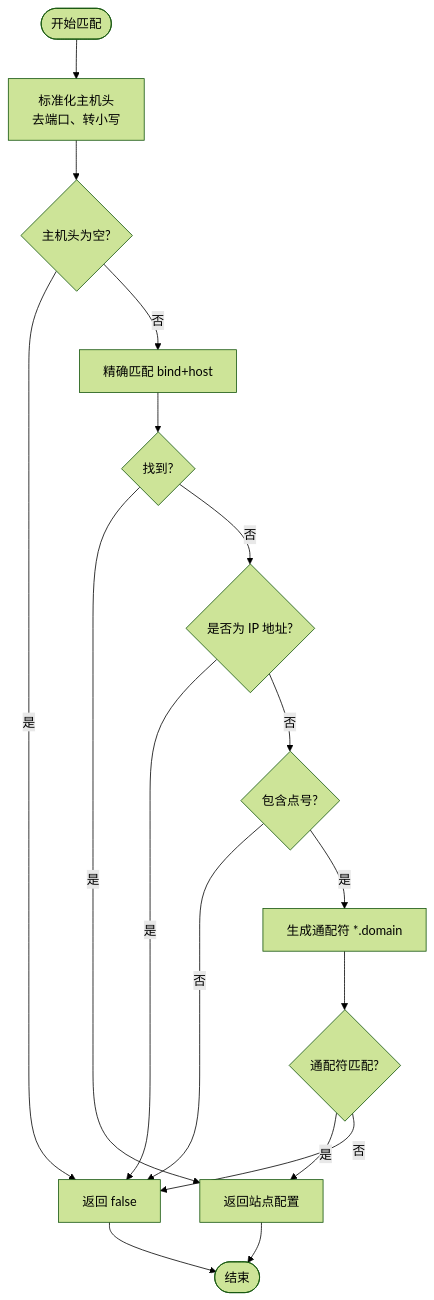
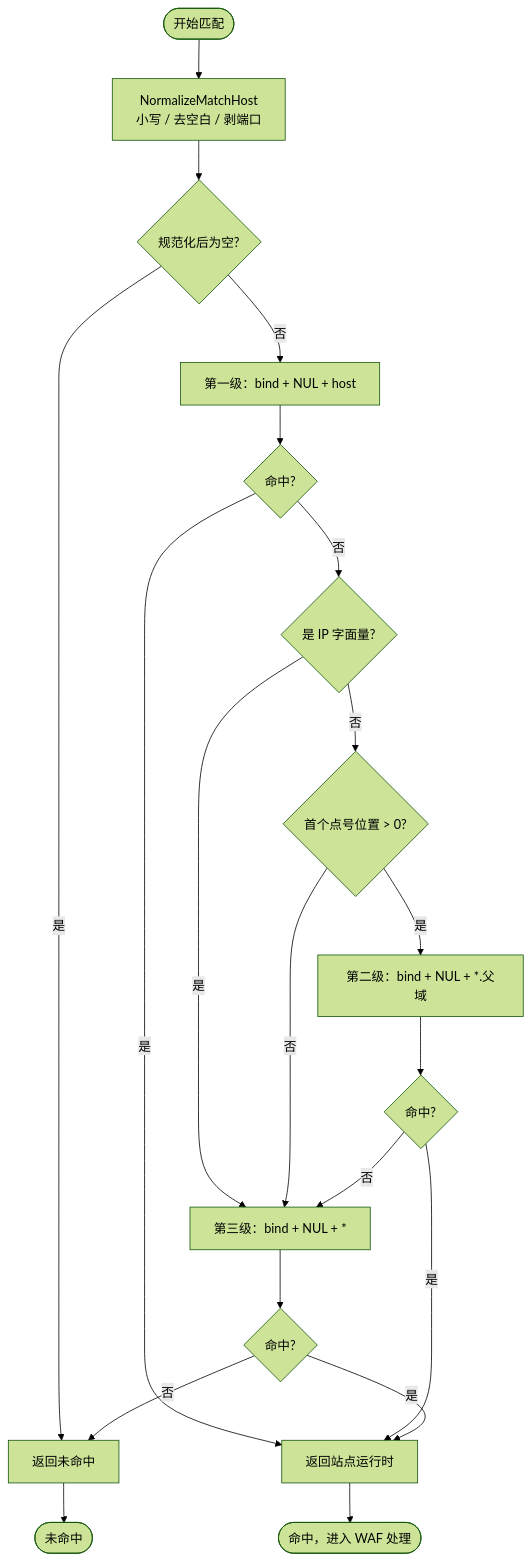
One commit to x01n/My-OpenWaf changed the fourth of 9 diagrams in docs/WAF 引擎系统/引擎核心架构/站点解析器.md. Above: the diagram before and after it, drawn with Mermaid (forest theme). The commit also changed other lines of this file and 622 other files, not shown here.

````diff
--- a/docs/WAF 引擎系统/引擎核心架构/站点解析器.md
+++ b/docs/WAF 引擎系统/引擎核心架构/站点解析器.md
@@ -189,19 +253,22 @@
 ```mermaid
 flowchart TD
-Start(["开始匹配"]) --> Normalize["标准化主机头<br/>去端口、转小写"]
-Normalize --> CheckEmpty{"主机头为空?"}
-CheckEmpty --> |是| ReturnFalse["返回 false"]
-CheckEmpty --> |否| Exact["精确匹配 bind+host"]
-Exact --> ExactFound{"找到?"}
-ExactFound --> |是| ReturnSite["返回站点配置"]
-ExactFound --> |否| CheckIP{"是否为 IP 地址?"}
-CheckIP --> |是| ReturnFalse
-CheckIP --> |否| CheckDomain{"包含点号?"}
-CheckDomain --> |否| ReturnFalse
-CheckDomain --> |是| Wildcard["生成通配符 *.domain"]
-Wildcard --> WildFound{"通配符匹配?"}
+Start(["开始匹配"]) --> Normalize["NormalizeMatchHost<br/>小写 / 去空白 / 剥端口"]
+Normalize --> CheckEmpty{"规范化后为空?"}
+CheckEmpty --> |是| ReturnFalse["返回未命中"]
+CheckEmpty --> |否| Exact["第一级：bind + NUL + host"]
+Exact --> ExactFound{"命中?"}
+ExactFound --> |是| ReturnSite["返回站点运行时"]
+ExactFound --> |否| CheckIP{"是 IP 字面量?"}
+CheckIP --> |是| CatchAll
+CheckIP --> |否| HasDot{"首个点号位置 > 0?"}
+HasDot --> |否| CatchAll
+HasDot --> |是| Wildcard["第二级：bind + NUL + *.父域"]
+Wildcard --> WildFound{"命中?"}
 WildFound --> |是| ReturnSite
-WildFound --> |否| ReturnFalse
-ReturnSite --> End(["结束"])
-ReturnFalse --> End
+WildFound --> |否| CatchAll["第三级：bind + NUL + *"]
+CatchAll --> CatchFound{"命中?"}
+CatchFound --> |是| ReturnSite
+CatchFound --> |否| ReturnFalse
+ReturnSite --> End(["命中，进入 WAF 处理"])
+ReturnFalse --> End2(["未命中"])
 ```
````
